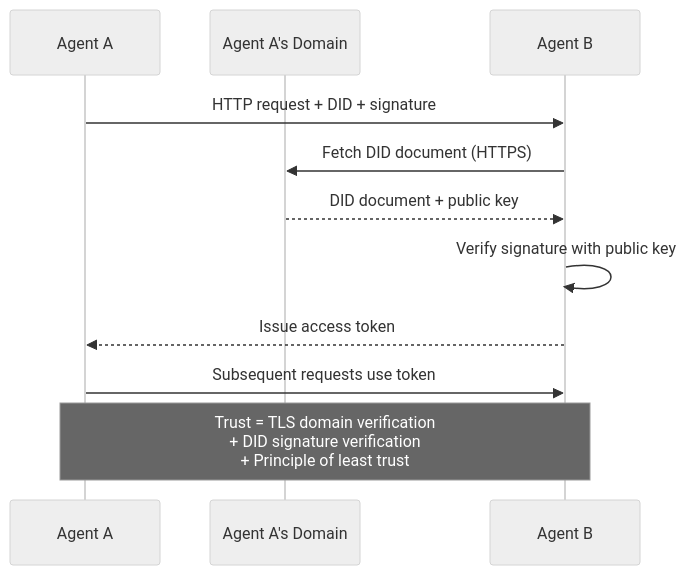
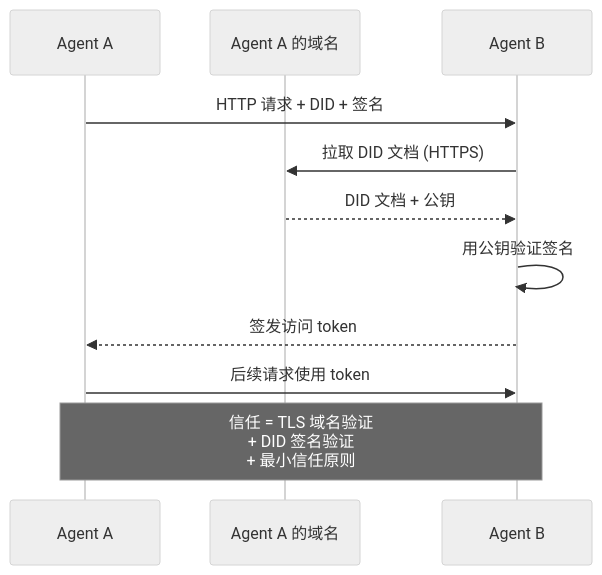
Before and after one commit to alessandrodinisio-ai/ai-engineering-learning-framework: the ninth of 13 diagrams in phases/16-multi-agent-and-swarms/03-communication-protocols/docs/zh.md, drawn with Mermaid (neutral theme). The commit also changed other lines of this file and 120 other files, not shown here.

First line of the commit message:
i18n(mermaid): 337 个 mermaid 图表标签中文化

````diff
--- a/phases/16-multi-agent-and-swarms/03-communication-protocols/docs/zh.md
+++ b/phases/16-multi-agent-and-swarms/03-communication-protocols/docs/zh.md
@@ -505,14 +505,14 @@
 ```mermaid
 sequenceDiagram
     participant A as Agent A
-    participant Domain as Agent A's Domain
+    participant Domain as Agent A 的域名
     participant B as Agent B
 
-    A->>B: HTTP request + DID + signature
-    B->>Domain: Fetch DID document (HTTPS)
-    Domain-->>B: DID document + public key
-    B->>B: Verify signature with public key
-    B-->>A: Issue access token
-    A->>B: Subsequent requests use token
-    Note over A,B: Trust = TLS domain verification<br/>+ DID signature verification<br/>+ Principle of least trust
+    A->>B: HTTP 请求 + DID + 签名
+    B->>Domain: 拉取 DID 文档 (HTTPS)
+    Domain-->>B: DID 文档 + 公钥
+    B->>B: 用公钥验证签名
+    B-->>A: 签发访问 token
+    A->>B: 后续请求使用 token
+    Note over A,B: 信任 = TLS 域名验证<br/>+ DID 签名验证<br/>+ 最小信任原则
 ```
````
